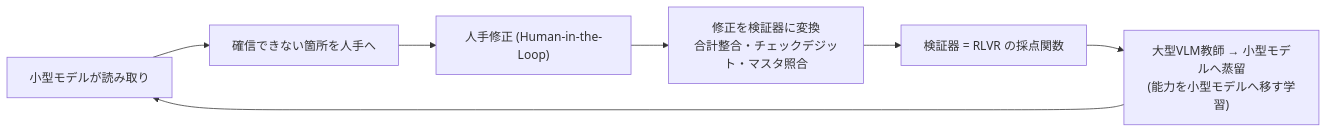
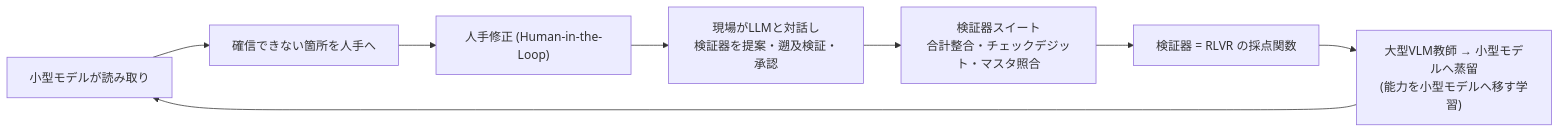
The first of 2 diagrams in articles/ocr-idp-next-strategy.md (littlemex/zenn), drawn with Mermaid before and after one commit. The commit also changed other lines of this file and 2 other files, not shown here.

````diff
--- a/articles/ocr-idp-next-strategy.md
+++ b/articles/ocr-idp-next-strategy.md
@@ -140,9 +142,10 @@
 ```mermaid
 flowchart LR
     A["小型モデルが読み取り"] --> B["確信できない箇所を人手へ"]
     B --> C["人手修正 (Human-in-the-Loop)"]
-    C --> D["修正を検証器に変換<br/>合計整合・チェックデジット・マスタ照合"]
+    C --> G["現場がLLMと対話し<br/>検証器を提案・遡及検証・承認"]
+    G --> D["検証器スイート<br/>合計整合・チェックデジット・マスタ照合"]
     D --> E["検証器 = RLVR の採点関数"]
     E --> F["大型VLM教師 → 小型モデルへ蒸留<br/>(能力を小型モデルへ移す学習)"]
     F --> A
 ```
````
